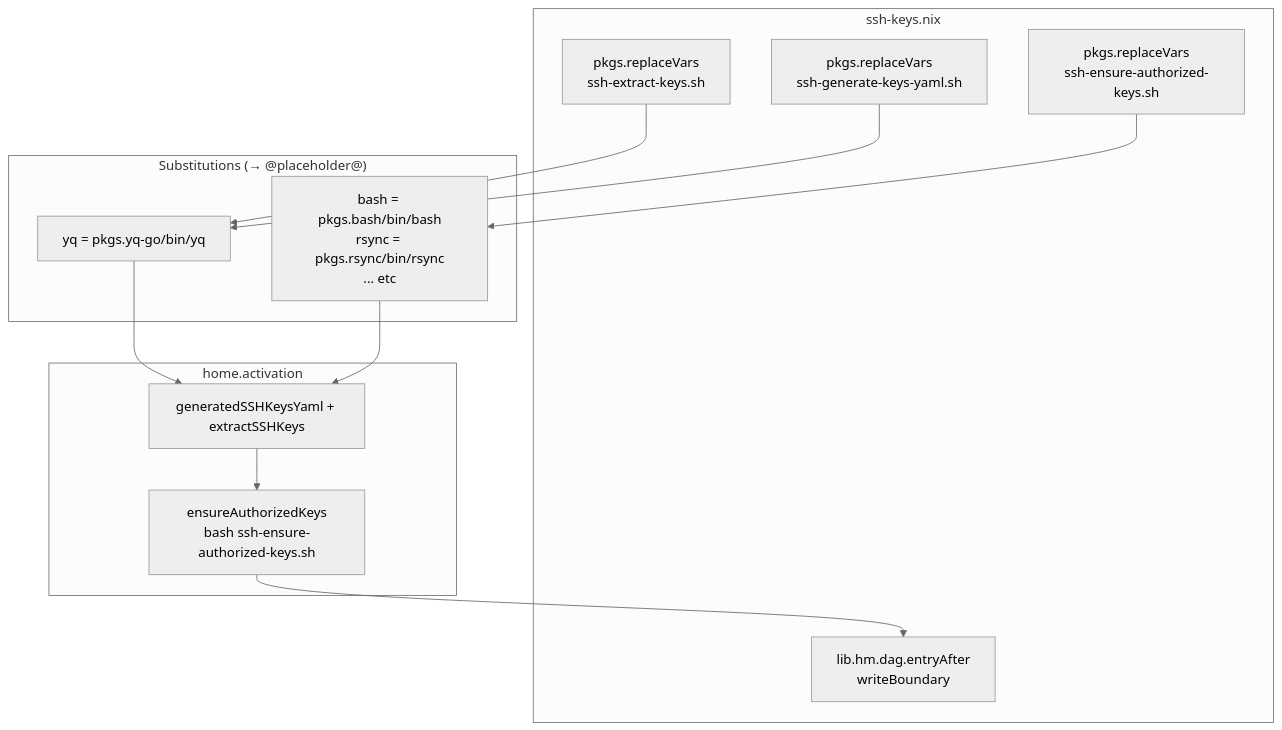
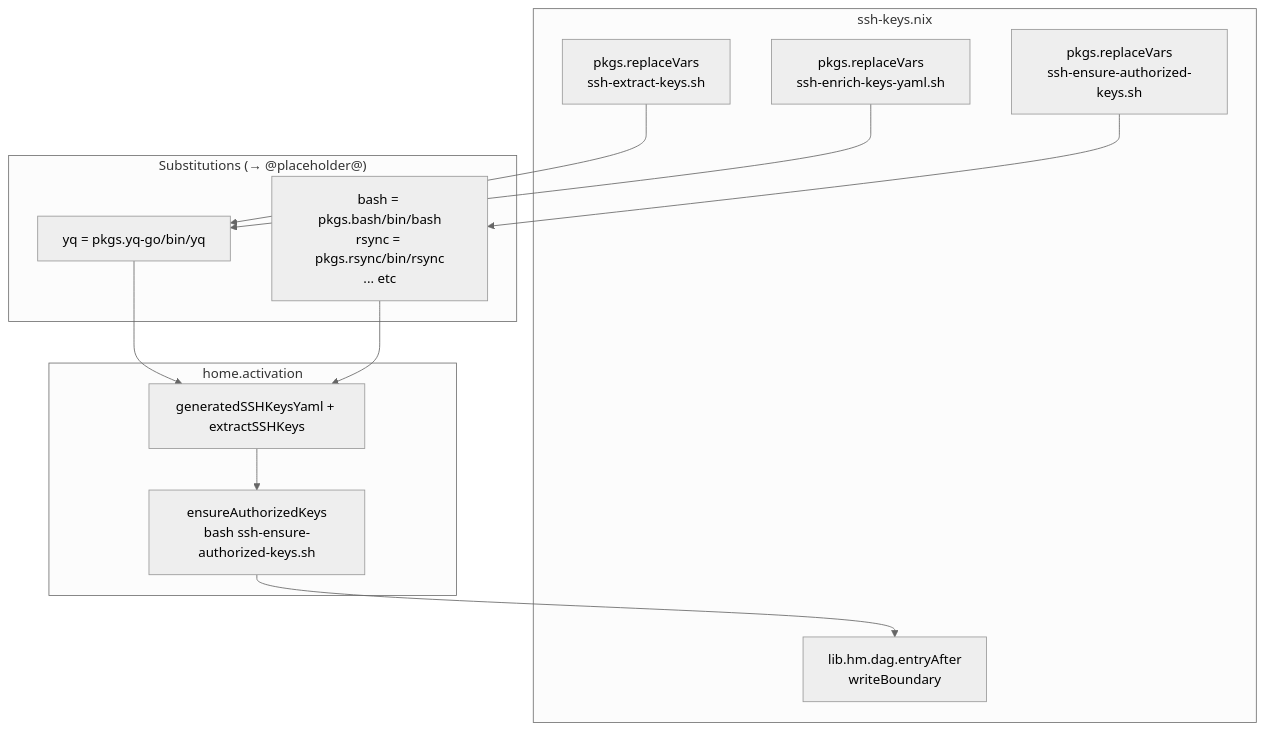
One commit to seedmatic/ndh changed the sixth of 7 diagrams in docs/ssh-keys-diagrams.adoc. Above: the diagram before and after it, drawn with Mermaid (neutral theme). The commit also changed other lines of this file and 2 other files, not shown here.

```diff
--- a/docs/ssh-keys-diagrams.adoc
+++ b/docs/ssh-keys-diagrams.adoc
@@ -188,29 +188,29 @@
 [mermaid]
 ----
 graph TB
     subgraph "ssh-keys.nix"
         replaceVars1["pkgs.replaceVars<br/>ssh-extract-keys.sh"]
-        replaceVars2["pkgs.replaceVars<br/>ssh-generate-keys-yaml.sh"]
+        replaceVars2["pkgs.replaceVars<br/>ssh-enrich-keys-yaml.sh"]
         replaceVars3["pkgs.replaceVars<br/>ssh-ensure-authorized-keys.sh"]
         
         dag["lib.hm.dag.entryAfter<br/>writeBoundary"]
     end
     
     subgraph "Substitutions (→ @placeholder@)"
         subs1["yq = pkgs.yq-go/bin/yq"]
         subs2["bash = pkgs.bash/bin/bash<br/>rsync = pkgs.rsync/bin/rsync<br/>... etc"]
     end
     
     subgraph "home.activation"
         act1["generatedSSHKeysYaml + extractSSHKeys"]
         act2["ensureAuthorizedKeys<br/>bash ssh-ensure-authorized-keys.sh"]
     end
     
     replaceVars1 --> subs1
     replaceVars2 --> subs1
     replaceVars3 --> subs2
     
     subs1 & subs2 --> act1
     act1 --> act2
     act2 --> dag
 ----
```
